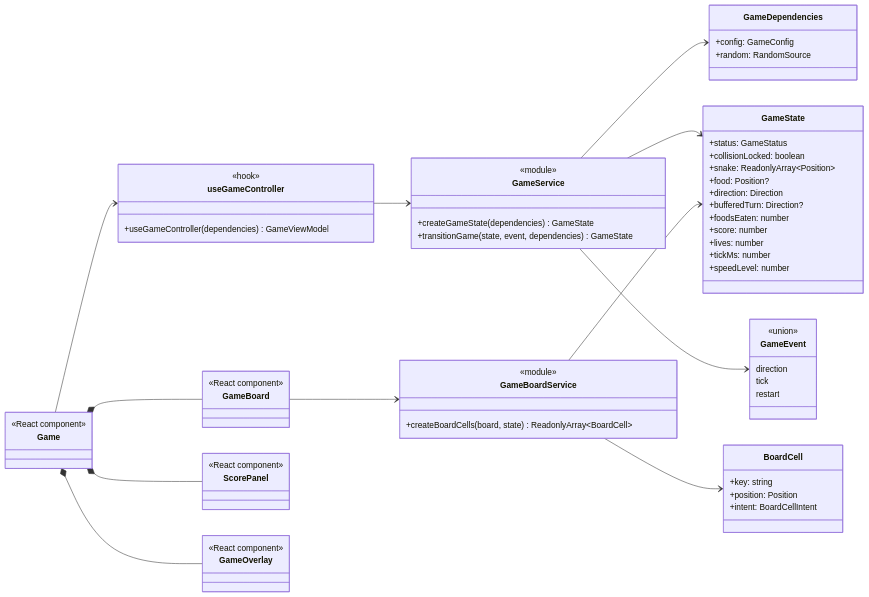
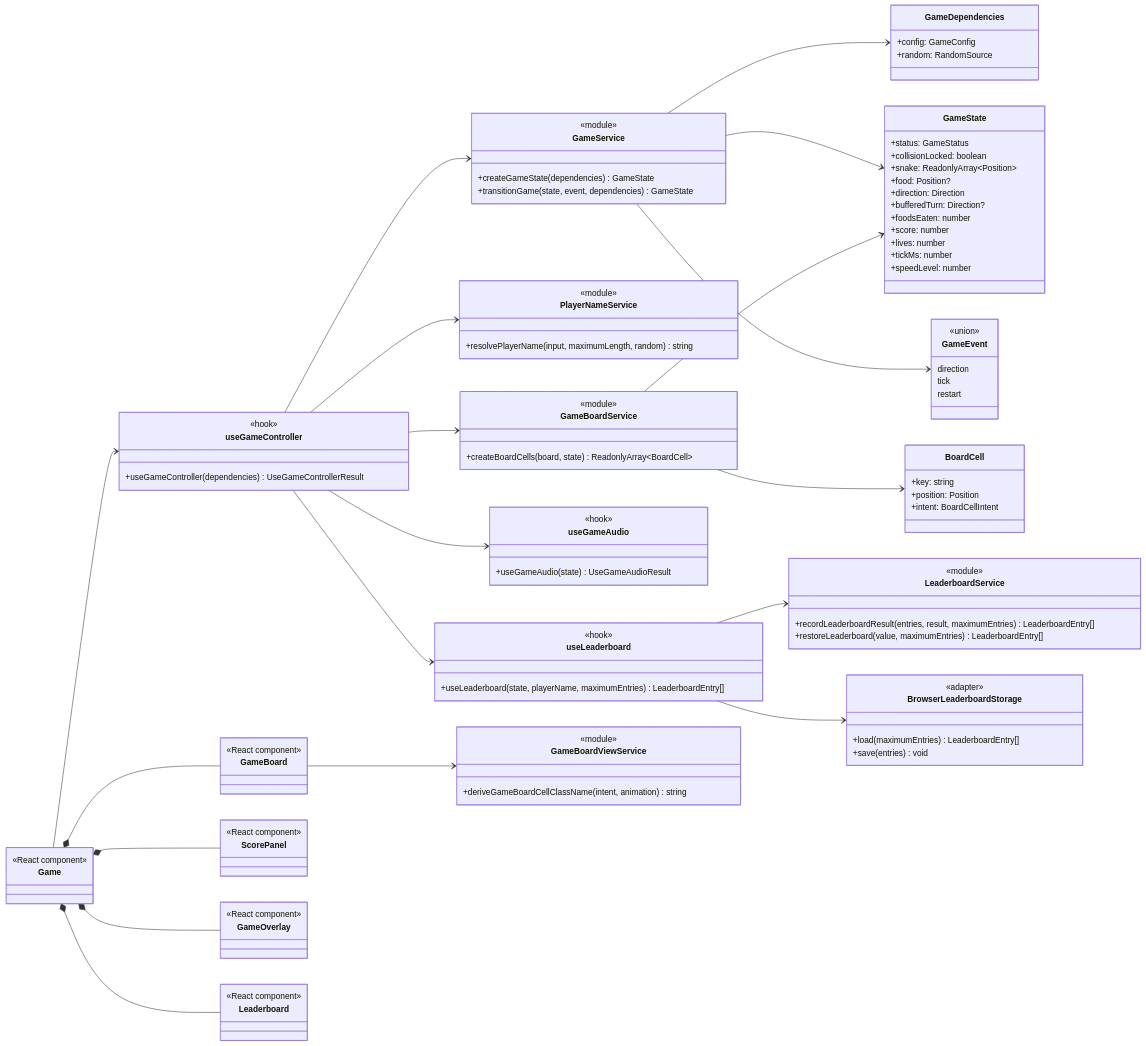
One commit to FilipMessa/snake-game changed the second of 3 diagrams in docs/architecture.md. Above: the diagram before and after it, drawn with Mermaid. The commit also changed other lines of this file and 31 other files, not shown here.

````diff
--- a/docs/architecture.md
+++ b/docs/architecture.md
@@ -102,7 +127,34 @@
 
   class useGameController {
     <<hook>>
-    +useGameController(dependencies) GameViewModel
+    +useGameController(dependencies) UseGameControllerResult
+  }
+
+  class PlayerNameService {
+    <<module>>
+    +resolvePlayerName(input, maximumLength, random) string
+  }
+
+  class LeaderboardService {
+    <<module>>
+    +recordLeaderboardResult(entries, result, maximumEntries) LeaderboardEntry[]
+    +restoreLeaderboard(value, maximumEntries) LeaderboardEntry[]
+  }
+
+  class BrowserLeaderboardStorage {
+    <<adapter>>
+    +load(maximumEntries) LeaderboardEntry[]
+    +save(entries) void
+  }
+
+  class useLeaderboard {
+    <<hook>>
+    +useLeaderboard(state, playerName, maximumEntries) LeaderboardEntry[]
+  }
+
+  class useGameAudio {
+    <<hook>>
+    +useGameAudio(state) UseGameAudioResult
   }
 
   class Game {
@@ -116,6 +168,11 @@
   class GameBoardService {
     <<module>>
     +createBoardCells(board, state) ReadonlyArray~BoardCell~
+  }
+
+  class GameBoardViewService {
+    <<module>>
+    +deriveGameBoardCellClassName(intent, animation) string
   }
 
   class BoardCell {
@@ -132,15 +189,26 @@
     <<React component>>
   }
 
+  class Leaderboard {
+    <<React component>>
+  }
+
   GameService --> GameDependencies
   GameService --> GameState
   GameService --> GameEvent
   useGameController --> GameService
+  useGameController --> GameBoardService
   Game --> useGameController
+  useGameController --> PlayerNameService
+  useGameController --> useLeaderboard
+  useGameController --> useGameAudio
+  useLeaderboard --> LeaderboardService
+  useLeaderboard --> BrowserLeaderboardStorage
   Game *-- GameBoard
-  GameBoard --> GameBoardService
+  GameBoard --> GameBoardViewService
   GameBoardService --> GameState
   GameBoardService --> BoardCell
   Game *-- ScorePanel
   Game *-- GameOverlay
+  Game *-- Leaderboard
 ```
````
